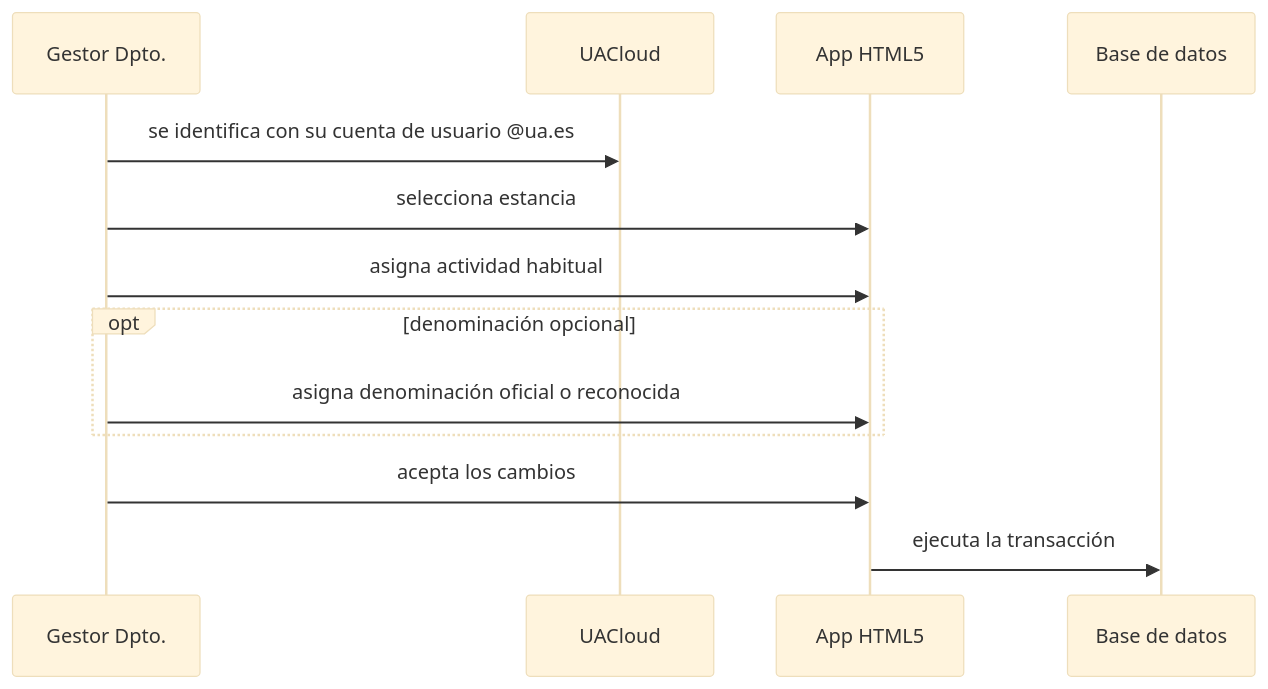
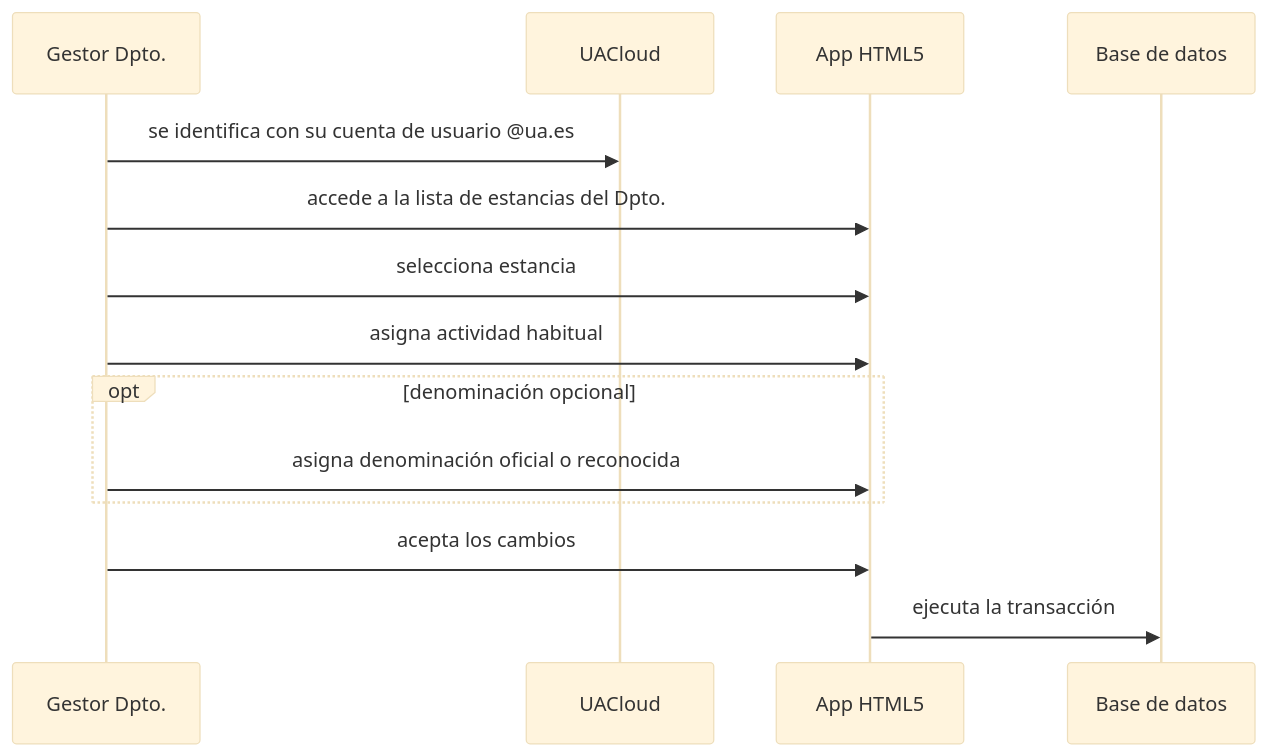
One commit to labgeo/ua-mods changed the diagram in ds03.md. Above: the diagram before and after it, drawn with Mermaid (base theme).

```diff
--- a/ds03.md
+++ b/ds03.md
@@ -5,11 +5,12 @@
 {% mermaid %}
 sequenceDiagram;
   Gestor Dpto.->>UACloud: se identifica con su cuenta de usuario @ua.es;
+  Gestor Dpto.->>App HTML5: accede a la lista de estancias del Dpto.;
   Gestor Dpto.->>App HTML5: selecciona estancia;
   Gestor Dpto.->>App HTML5: asigna actividad habitual;
   opt denominación opcional
     Gestor Dpto.->>App HTML5: asigna denominación oficial o reconocida;
   end
   Gestor Dpto.->>App HTML5: acepta los cambios;
   App HTML5->>Base de datos: ejecuta la transacción;
 {% endmermaid %}
```
